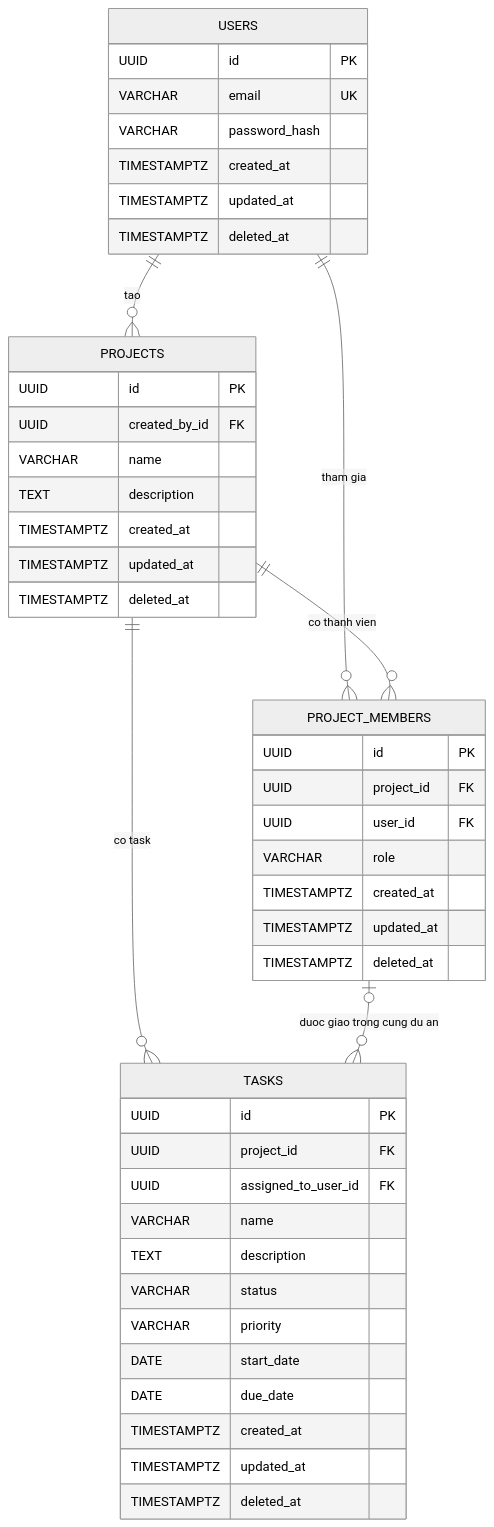
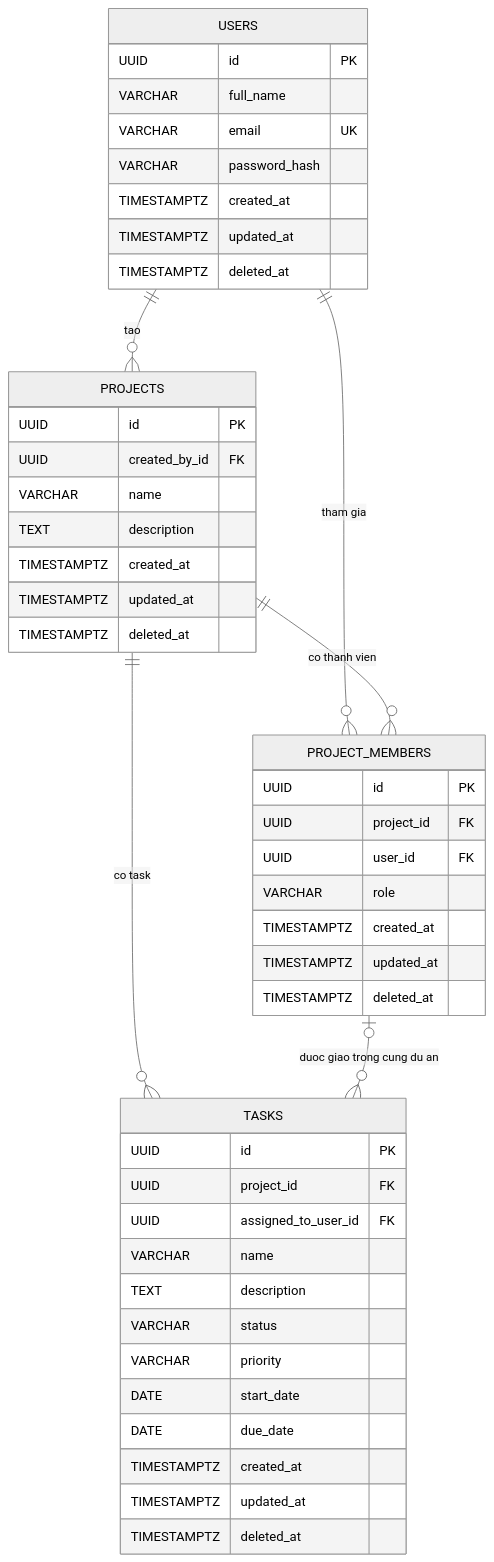
Before and after one commit to vothaihien/task-manager-api: the diagram in docs/erd.md, drawn with Mermaid (neutral theme). The commit also changed other lines of this file, not shown here.

Commit message:
docs: Add full_name field to users in ERD documentation

````diff
--- a/docs/erd.md
+++ b/docs/erd.md
@@ -17,52 +17,53 @@
 ```mermaid
 erDiagram
     USERS {
         UUID id PK
+        VARCHAR full_name
         VARCHAR email UK
         VARCHAR password_hash
         TIMESTAMPTZ created_at
         TIMESTAMPTZ updated_at
         TIMESTAMPTZ deleted_at
     }
 
     PROJECTS {
         UUID id PK
         UUID created_by_id FK
         VARCHAR name
         TEXT description
         TIMESTAMPTZ created_at
         TIMESTAMPTZ updated_at
         TIMESTAMPTZ deleted_at
     }
 
     PROJECT_MEMBERS {
         UUID id PK
         UUID project_id FK
         UUID user_id FK
         VARCHAR role
         TIMESTAMPTZ created_at
         TIMESTAMPTZ updated_at
         TIMESTAMPTZ deleted_at
     }
 
     TASKS {
         UUID id PK
         UUID project_id FK
         UUID assigned_to_user_id FK
         VARCHAR name
         TEXT description
         VARCHAR status
         VARCHAR priority
         DATE start_date
         DATE due_date
         TIMESTAMPTZ created_at
         TIMESTAMPTZ updated_at
         TIMESTAMPTZ deleted_at
     }
 
     USERS ||--o{ PROJECTS : "tao"
     USERS ||--o{ PROJECT_MEMBERS : "tham gia"
     PROJECTS ||--o{ PROJECT_MEMBERS : "co thanh vien"
     PROJECTS ||--o{ TASKS : "co task"
     PROJECT_MEMBERS o|--o{ TASKS : "duoc giao trong cung du an"
 ```
````
